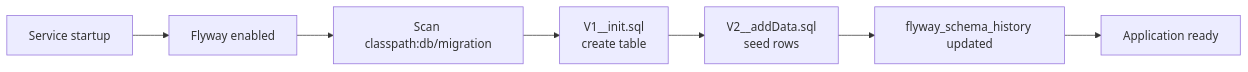
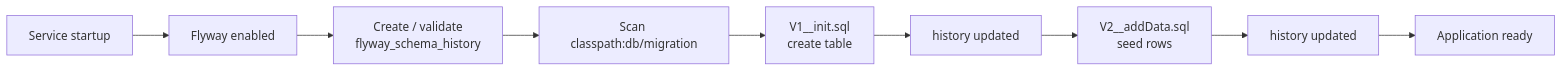
Before and after one commit to mohamad4444/cloud-native-purchase-system: diagram 11 of 13 in docs/_drafts/thesis-concepts.md, drawn with Mermaid. The commit also changed other lines of this file and 5 other files, not shown here.

Commit message:
docs: correct diagram inaccuracies found in source-code review

````diff
--- a/docs/_drafts/thesis-concepts.md
+++ b/docs/_drafts/thesis-concepts.md
@@ -233,9 +248,11 @@
 ```mermaid
 flowchart LR
   START["Service startup"] --> F["Flyway enabled"]
-  F --> LOC["Scan classpath:db/migration"]
+  F --> HIST["Create / validate<br/>flyway_schema_history"]
+  HIST --> LOC["Scan classpath:db/migration"]
   LOC --> V1["V1__init.sql<br/>create table"]
-  V1 --> V2["V2__addData.sql<br/>seed rows"]
-  V2 --> HIST["flyway_schema_history updated"]
-  HIST --> APP["Application ready"]
+  V1 --> H1["history updated"]
+  H1 --> V2["V2__addData.sql<br/>seed rows"]
+  V2 --> H2["history updated"]
+  H2 --> APP["Application ready"]
 ```
````
